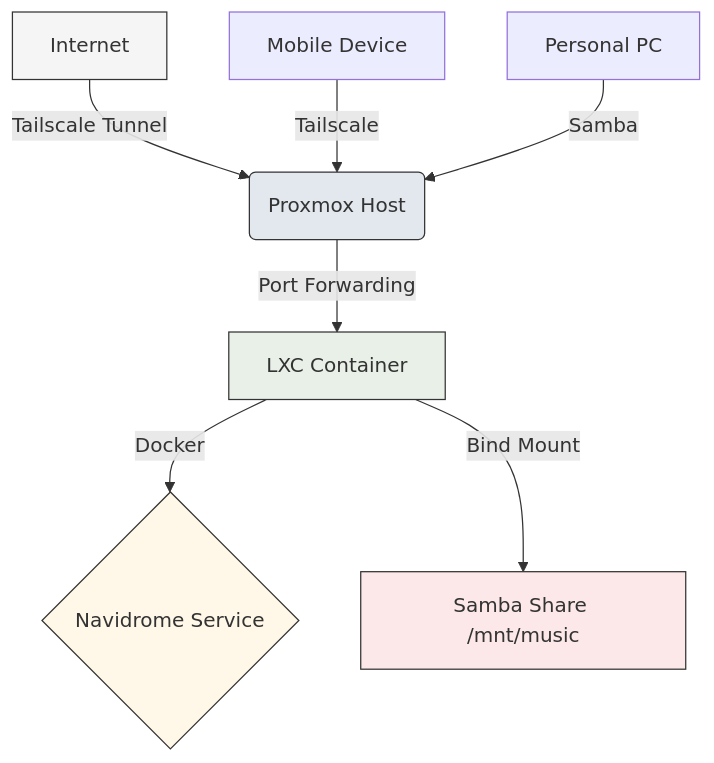
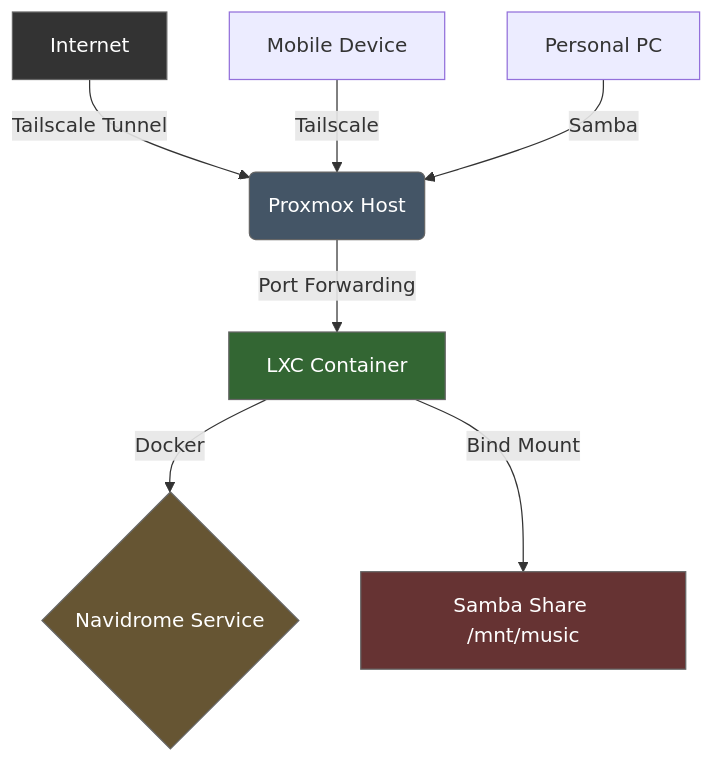
Before and after one commit to cyberhawk31337/Homelab-Navidrome: the diagram in README.md, drawn with Mermaid.

Commit message:
Revise diagram styles in README.md
Updated styles for diagram elements in README.

````diff
--- a/README.md
+++ b/README.md
@@ -29,16 +29,16 @@
 ```mermaid
 graph TD
     A[Internet] -->|Tailscale Tunnel| B(Proxmox Host)
     B -->|Port Forwarding| C[LXC Container]
     C -->|Docker| D{Navidrome Service}
     C -->|Bind Mount| E[Samba Share /mnt/music]
     
     F[Mobile Device] -->|Tailscale| B
     G[Personal PC] -->|Samba| B
     
-style A fill:#f5f5f5,stroke:#333
-    style B fill:#e3e8ee,stroke:#333
-    style C fill:#e8f0e8,stroke:#333
-    style D fill:#fff8e8,stroke:#333
-    style E fill:#fce8e8,stroke:#333
+  style A fill:#333,stroke:#666,color:#fff
+    style B fill:#456,stroke:#666,color:#fff
+    style C fill:#363,stroke:#666,color:#fff
+    style D fill:#653,stroke:#666,color:#fff
+    style E fill:#633,stroke:#666,color:#fff
 ```
````
